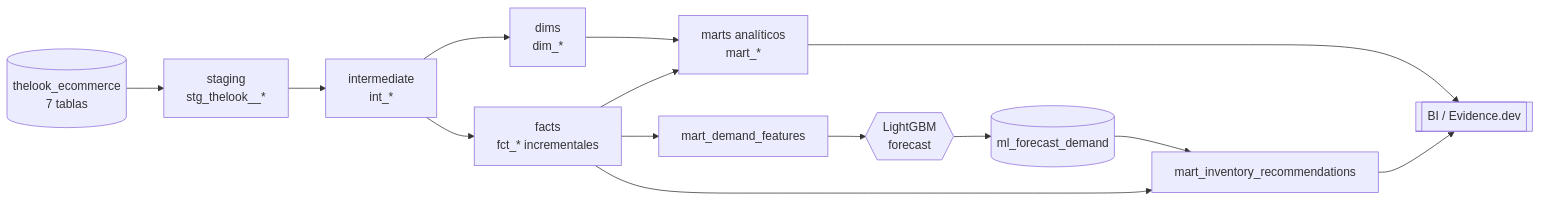
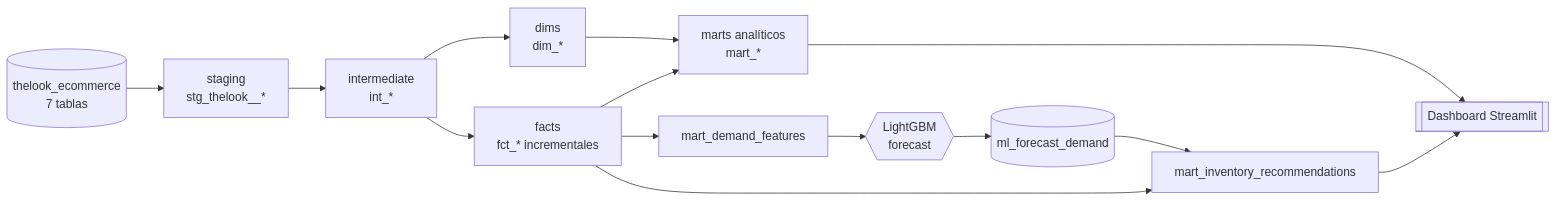
The diagram in README.md (alexxcode/aleph), drawn with Mermaid before and after one commit. The commit also changed other lines of this file and 3 other files, not shown here.

First line of the commit message:
bi: dashboard Streamlit y writeup final (Fase 9)

````diff
--- a/README.md
+++ b/README.md
@@ -26,16 +40,16 @@
 ```mermaid
 flowchart LR
     src[(thelook_ecommerce\n7 tablas)] --> stg[staging\nstg_thelook__*]
     stg --> int[intermediate\nint_*]
     int --> dim[dims\ndim_*]
     int --> fct[facts\nfct_* incrementales]
     dim --> mart[marts analíticos\nmart_*]
     fct --> mart
     fct --> feat[mart_demand_features]
     feat --> ml{{LightGBM\nforecast}}
     ml --> fcast[(ml_forecast_demand)]
     fcast --> reco[mart_inventory_recommendations]
     fct --> reco
-    mart --> bi[[BI / Evidence.dev]]
+    mart --> bi[[Dashboard Streamlit]]
     reco --> bi
 ```
````
